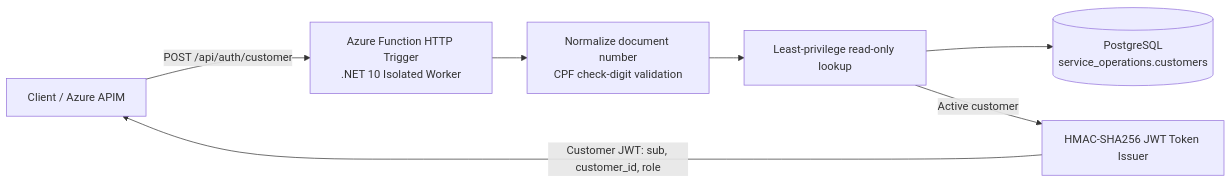
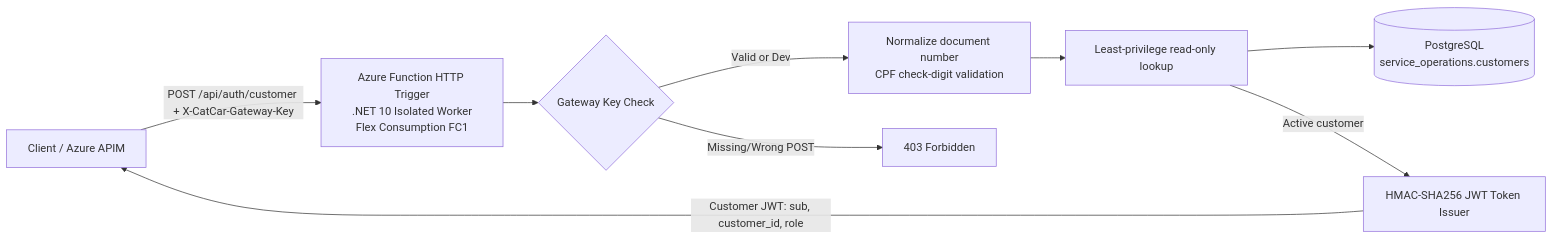
One commit to RiseOn-CatCar/catcar-auth-function changed the diagram in README.md. Above: the diagram before and after it, drawn with Mermaid. The commit also changed other lines of this file and 5 other files, not shown here.

Commit message:
feat(auth): configure Azure Function Flex Consumption and origin gateway key verification

````diff
--- a/README.md
+++ b/README.md
@@ -9,9 +9,11 @@
 ```mermaid
 flowchart LR
-    Client[Client / Azure APIM] -->|POST /api/auth/customer| Trigger[Azure Function HTTP Trigger<br/>.NET 10 Isolated Worker]
-    Trigger --> Validate[Normalize document number<br/>CPF check-digit validation]
+    Client[Client / Azure APIM] -->|POST /api/auth/customer + X-CatCar-Gateway-Key| Trigger[Azure Function HTTP Trigger<br/>.NET 10 Isolated Worker<br/>Flex Consumption FC1]
+    Trigger --> KeyCheck{Gateway Key Check}
+    KeyCheck -->|Valid or Dev| Validate[Normalize document number<br/>CPF check-digit validation]
+    KeyCheck -->|Missing/Wrong POST| Reject[403 Forbidden]
     Validate --> Lookup[Least-privilege read-only lookup]
     Lookup --> Customers[(PostgreSQL<br/>service_operations.customers)]
     Lookup -->|Active customer| Issuer[HMAC-SHA256 JWT Token Issuer]
     Issuer -->|Customer JWT: sub, customer_id, role| Client
 ```
````
